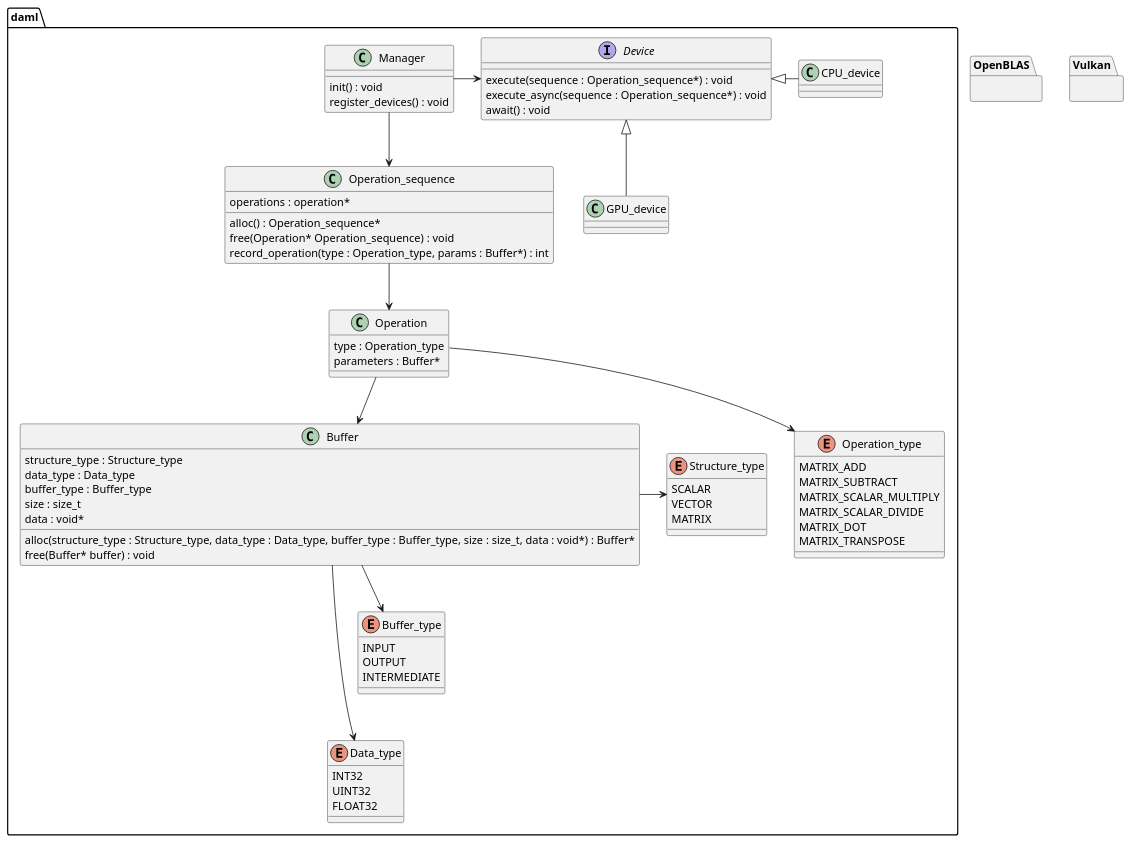
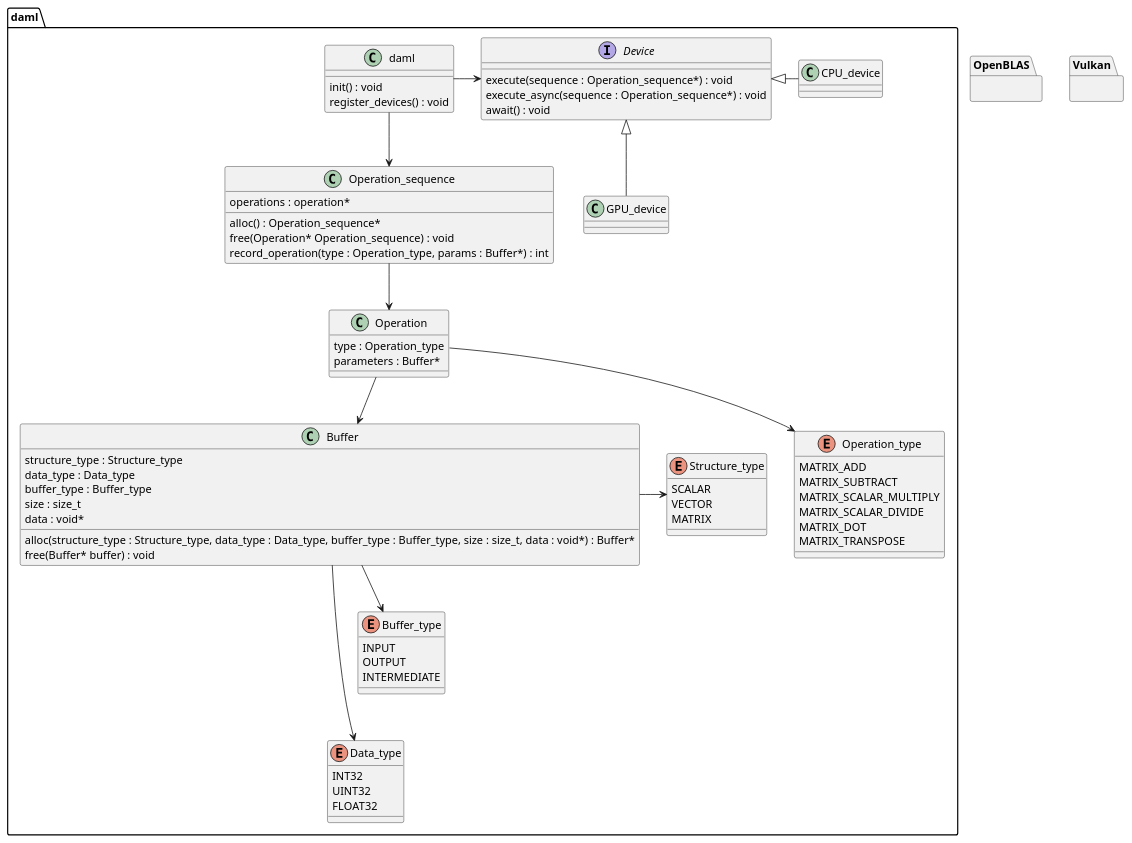
Before and after one commit to Stemt/DAML: the diagram in doc/diagrams/class.puml, drawn with PlantUML. The commit also changed 7 other files, not shown here.

```diff
--- a/doc/diagrams/class.puml
+++ b/doc/diagrams/class.puml
@@ -1,82 +1,86 @@
 @startuml
 
 package daml{
-    class Manager{
+    class daml{
         init() : void
         register_devices() : void
     }
     class Operation_sequence{
         operations : operation*
         alloc() : Operation_sequence*
         free(Operation* Operation_sequence) : void
         record_operation(type : Operation_type, params : Buffer*) : int
     }
     class Operation{
         type : Operation_type
         parameters : Buffer*
     }
     enum Operation_type{
         MATRIX_ADD
         MATRIX_SUBTRACT
         MATRIX_SCALAR_MULTIPLY
         MATRIX_SCALAR_DIVIDE
         MATRIX_DOT
         MATRIX_TRANSPOSE
     }
     class Buffer{
         structure_type : Structure_type
         data_type : Data_type
         buffer_type : Buffer_type
         size : size_t
         data : void*
         alloc(structure_type : Structure_type, data_type : Data_type, buffer_type : Buffer_type, size : size_t, data : void*) : Buffer*
         free(Buffer* buffer) : void
     }
     enum Structure_type{
         SCALAR
         VECTOR
         MATRIX
     }
     enum Buffer_type{
         INPUT
         OUTPUT
         INTERMEDIATE
     }
     enum Data_type{
         INT32
         UINT32
         FLOAT32
     }
     interface Device{
         execute(sequence : Operation_sequence*) : void
         execute_async(sequence : Operation_sequence*) : void
         await() : void
     }
-    class CPU_device{}
-    class GPU_device{}
+    class CPU_device{
 
-    Manager --> Operation_sequence
+    }
+    class GPU_device{
+
+    }
+
+    daml --> Operation_sequence
     Operation_sequence --> Operation
 
     Structure_type -[hidden]- Buffer_type
     Buffer_type -[hidden]- Data_type
 
     Operation --> Operation_type
     Operation --> Buffer
     Buffer -> Data_type
     Buffer -> Buffer_type
     Buffer -> Structure_type
-    Manager -> Device
+    daml -> Device
     Device <|- CPU_device
     Device <|-- GPU_device
 }
 
 package OpenBLAS{
 
 }
 
 package Vulkan{
     
 }
 
 @enduml
```
